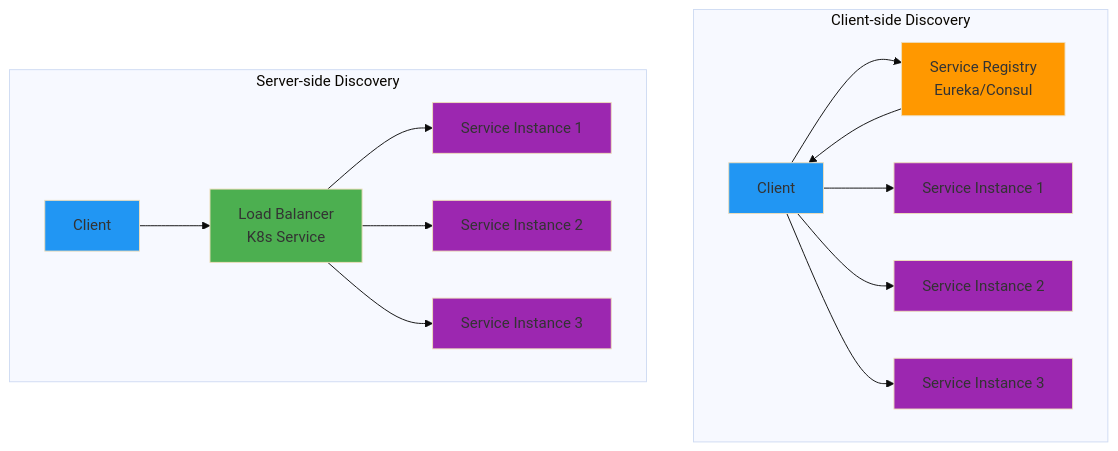
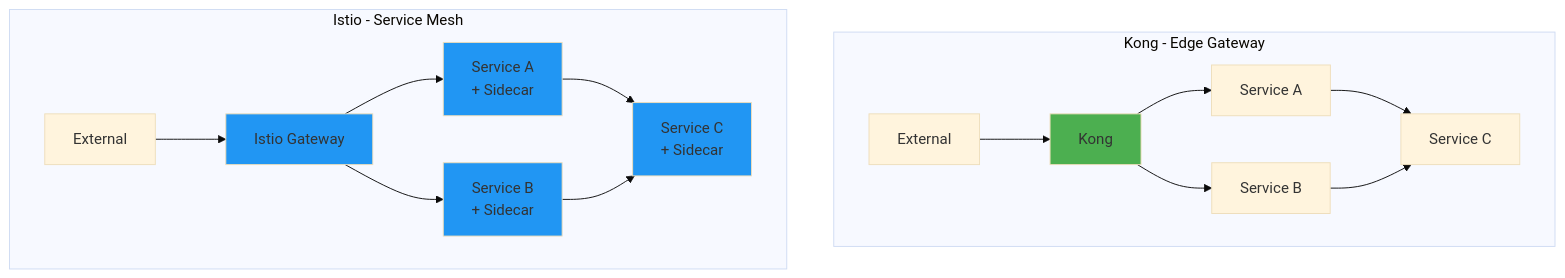
Before and after one commit to niceguy61/kdt_devops_lecture_2025: the fourth of 5 diagrams in theory/week_04/day2/session_2.md, drawn with Mermaid (base theme). The commit also changed other lines of this file and 2 other files, not shown here.

````diff
--- a/theory/week_04/day2/session_2.md
+++ b/theory/week_04/day2/session_2.md
@@ -109,28 +221,24 @@
 ```mermaid
 graph TB
-    subgraph "Client-side Discovery"
-        C1[Client] --> SR1[Service Registry<br/>Eureka/Consul]
-        SR1 --> C1
-        C1 --> S1[Service Instance 1]
-        C1 --> S2[Service Instance 2]
-        C1 --> S3[Service Instance 3]
+    subgraph "Kong - Edge Gateway"
+        A[External] --> B[Kong]
+        B --> C[Service A]
+        B --> D[Service B]
+        C --> E[Service C]
+        D --> E
     end
     
-    subgraph "Server-side Discovery"
-        C2[Client] --> LB[Load Balancer<br/>K8s Service]
-        LB --> S4[Service Instance 1]
-        LB --> S5[Service Instance 2]
-        LB --> S6[Service Instance 3]
+    subgraph "Istio - Service Mesh"
+        F[External] --> G[Istio Gateway]
+        G --> H[Service A<br/>+ Sidecar]
+        G --> I[Service B<br/>+ Sidecar]
+        H --> J[Service C<br/>+ Sidecar]
+        I --> J
     end
     
-    style C1 fill:#2196f3
-    style C2 fill:#2196f3
-    style SR1 fill:#ff9800
-    style LB fill:#4caf50
-    style S1 fill:#9c27b0
-    style S2 fill:#9c27b0
-    style S3 fill:#9c27b0
-    style S4 fill:#9c27b0
-    style S5 fill:#9c27b0
-    style S6 fill:#9c27b0
+    style B fill:#4caf50
+    style G fill:#2196f3
+    style H fill:#2196f3
+    style I fill:#2196f3
+    style J fill:#2196f3
 ```
````
